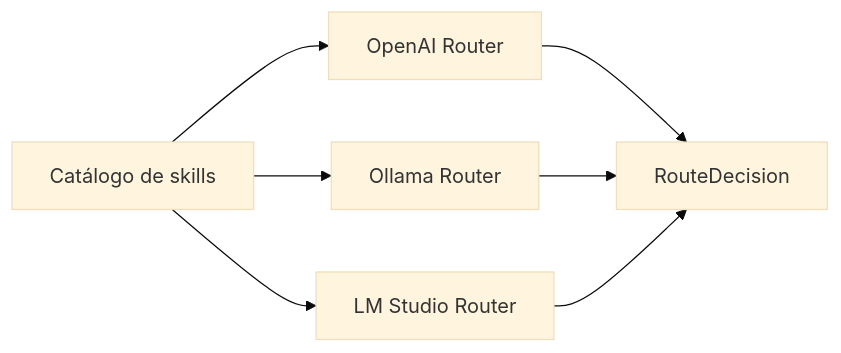
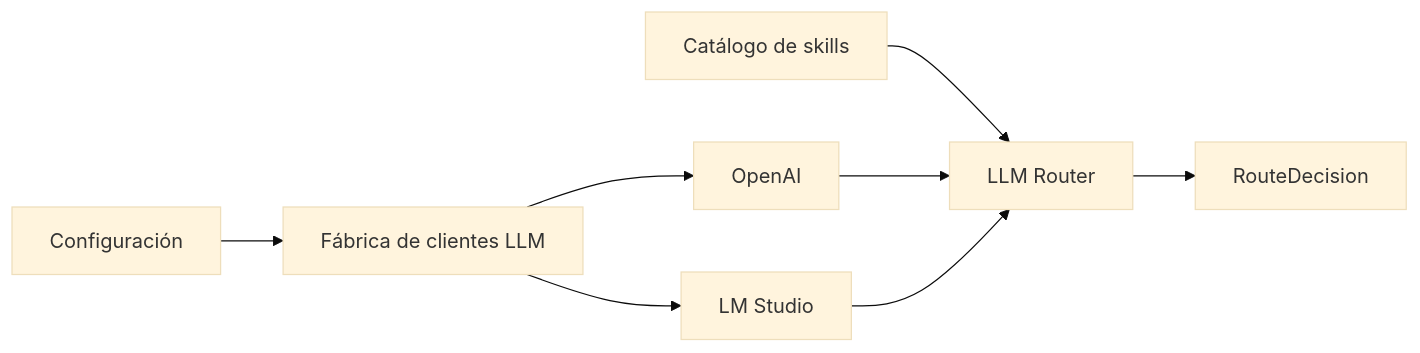
One commit to dariopadula/agentes_skill_poc changed the second of 6 diagrams in agentes_tramites/docs/arquitectura.md. Above: the diagram before and after it, drawn with Mermaid (base theme). The commit also changed other lines of this file and 8 other files, not shown here.

````diff
--- a/agentes_tramites/docs/arquitectura.md
+++ b/agentes_tramites/docs/arquitectura.md
@@ -154,10 +162,10 @@
 ```mermaid
 flowchart LR
-    CAT[Catálogo de skills] --> OA[OpenAI Router]
-    CAT --> OL[Ollama Router]
-    CAT --> LM[LM Studio Router]
-
-    OA --> RD[RouteDecision]
-    OL --> RD
-    LM --> RD
+    ENV[Configuración] --> FACTORY[Fábrica de clientes LLM]
+    FACTORY --> OA[OpenAI]
+    FACTORY --> LM[LM Studio]
+    CAT[Catálogo de skills] --> ROUTER[LLM Router]
+    OA --> ROUTER
+    LM --> ROUTER
+    ROUTER --> RD[RouteDecision]
 ```
````
